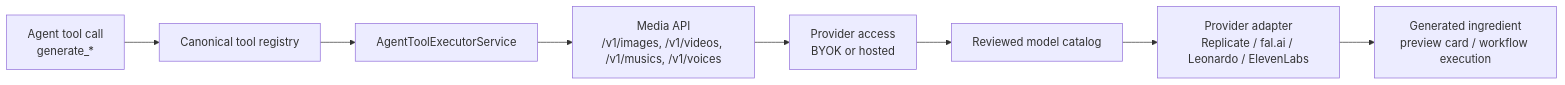
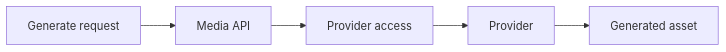
Before and after one commit to genfeedai/genfeed.ai: the diagram in apps/docs/content/core-loop/generation-service.mdx, drawn with Mermaid. The commit also changed other lines of this file and 6 other files, not shown here.

First line of the commit message:
docs: trim the core-loop diagrams and code-path breadcrumbs

````diff
--- a/apps/docs/content/core-loop/generation-service.mdx
+++ b/apps/docs/content/core-loop/generation-service.mdx
@@ -71,10 +9,7 @@
 ```mermaid
 flowchart LR
-  A["Agent tool call\ngenerate_*"] --> B["Canonical tool registry"]
-  B --> C["AgentToolExecutorService"]
-  C --> D["Media API\n/v1/images, /v1/videos, /v1/musics, /v1/voices"]
-  D --> E["Provider access\nBYOK or hosted"]
-  E --> F["Reviewed model catalog"]
-  F --> G["Provider adapter\nReplicate / fal.ai / Leonardo / ElevenLabs"]
-  G --> H["Generated ingredient\npreview card / workflow execution"]
+  A["Generate request"] --> B["Media API"]
+  B --> C["Provider access"]
+  C --> D["Provider"]
+  D --> E["Generated asset"]
 ```
````
